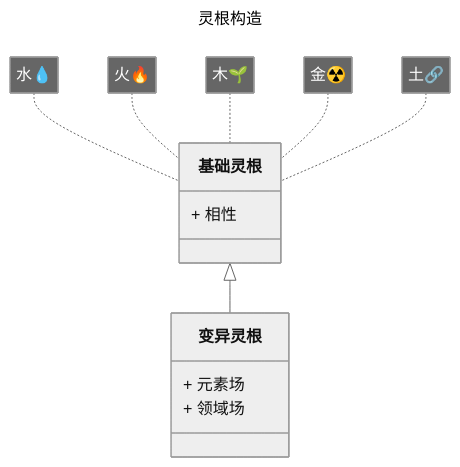
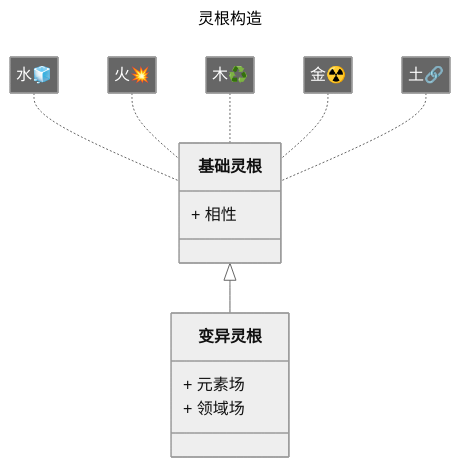
Diagram 29 of 42 in 015-不凡惊悟/readme.md (ChenyangGao/adventures-of-super-ye), drawn with Mermaid (neutral theme) before and after one commit. The commit also changed other lines of this file and 135 other files, not shown here.

````diff
--- a/015-不凡惊悟/readme.md
+++ b/015-不凡惊悟/readme.md
@@ -933,20 +1046,20 @@
 ```mermaid  
 ---  
 title: 灵根构造  
 ---  
 classDiagram  
-    note for 基础灵根 "水💧"  
-    note for 基础灵根 "火🔥"  
-    note for 基础灵根 "木🌱"  
+    note for 基础灵根 "水🧊"  
+    note for 基础灵根 "火💥"  
+    note for 基础灵根 "木♻️"  
     note for 基础灵根 "金☢️"  
     note for 基础灵根 "土🔗"  
 
     class 基础灵根{  
         + 相性  
     }  
     基础灵根 <|-- 变异灵根  
     class 变异灵根 {  
         + 元素场  
         + 领域场  
     }  
 ```  
````
